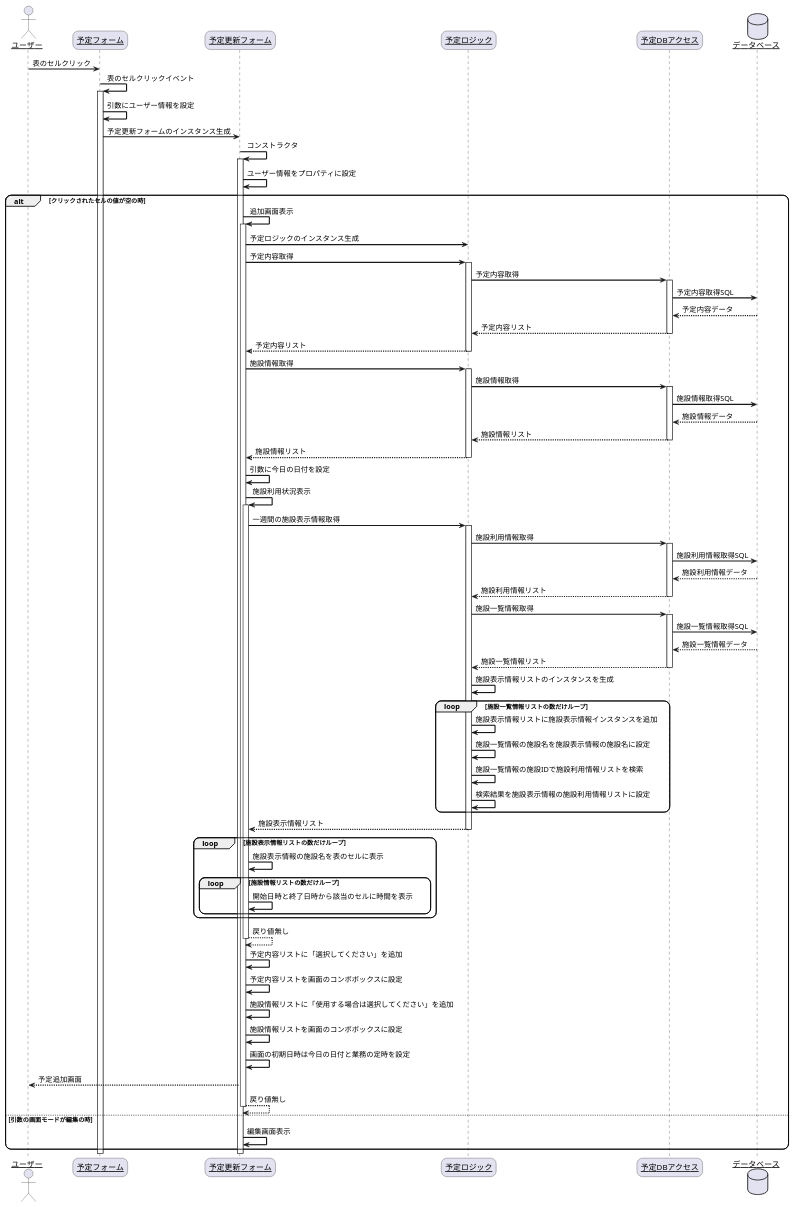
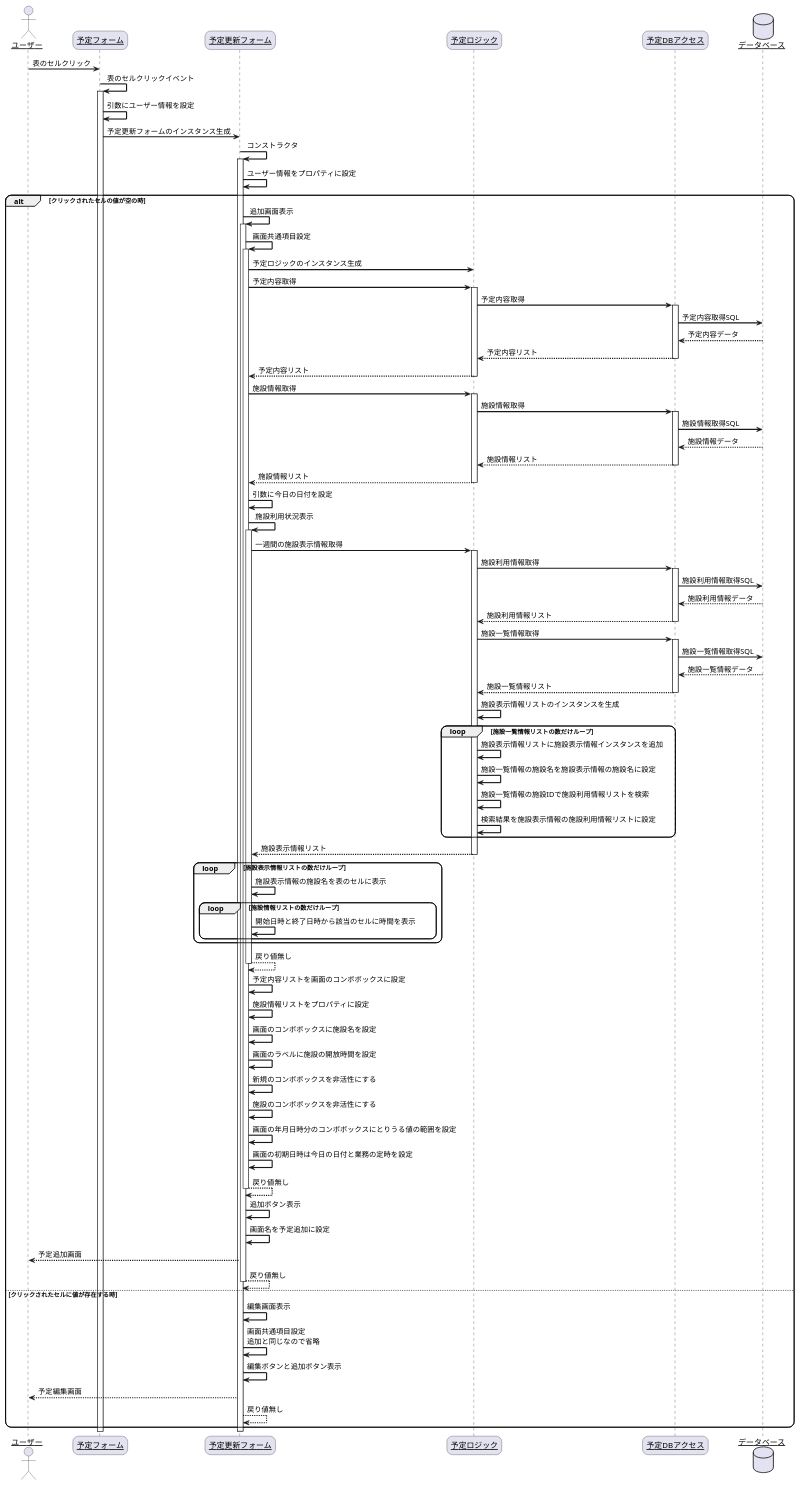
One commit to R-SAIKI/practiceUML changed the diagram in シーケンス図/予定/予定_追加編集_起動.pu. Above: the diagram before and after it, drawn with PlantUML. The commit also changed 36 other files, not shown here.

```diff
--- a/シーケンス図/予定/予定_追加編集_起動.pu
+++ b/シーケンス図/予定/予定_追加編集_起動.pu
@@ -1,93 +1,107 @@
 @startuml
 skinparam sequenceArrowThickness 2
 skinparam roundcorner 20
 skinparam maxmessagesize 60
 skinparam sequenceParticipant underline
 
 actor "ユーザー" as user
 participant "予定フォーム" as plan_form
 participant "予定更新フォーム" as plan_update_form
 participant "予定ロジック" as plan_logic
 participant "予定DBアクセス" as plan_data_acces
 database "データベース" as db
 
 user -> plan_form: 表のセルクリック
 plan_form -> plan_form: 表のセルクリックイベント
 activate plan_form
 plan_form -> plan_form: 引数にユーザー情報を設定
 plan_form -> plan_update_form: 予定更新フォームのインスタンス生成
 plan_update_form -> plan_update_form: コンストラクタ
 activate plan_update_form
 plan_update_form -> plan_update_form:ユーザー情報をプロパティに設定
 alt クリックされたセルの値が空の時
     plan_update_form -> plan_update_form: 追加画面表示
+    activate plan_update_form
+    plan_update_form -> plan_update_form: 画面共通項目設定
     activate plan_update_form
     plan_update_form -> plan_logic: 予定ロジックのインスタンス生成
     plan_update_form -> plan_logic: 予定内容取得
     activate plan_logic
     plan_logic -> plan_data_acces: 予定内容取得
     activate plan_data_acces
     plan_data_acces -> db: 予定内容取得SQL
     db --> plan_data_acces: 予定内容データ
     plan_data_acces --> plan_logic:予定内容リスト
     deactivate plan_data_acces
     plan_logic --> plan_update_form: 予定内容リスト
     deactivate plan_logic
     plan_update_form -> plan_logic: 施設情報取得
     activate plan_logic
     plan_logic -> plan_data_acces: 施設情報取得
     activate plan_data_acces
     plan_data_acces -> db: 施設情報取得SQL
     db --> plan_data_acces: 施設情報データ
     plan_data_acces --> plan_logic:施設情報リスト
     deactivate plan_data_acces
     plan_logic --> plan_update_form: 施設情報リスト
     deactivate plan_logic
     plan_update_form -> plan_update_form: 引数に今日の日付を設定
     plan_update_form -> plan_update_form: 施設利用状況表示
     activate plan_update_form
     plan_update_form -> plan_logic: 一週間の施設表示情報取得
     activate plan_logic
     plan_logic -> plan_data_acces: 施設利用情報取得
     activate plan_data_acces
     plan_data_acces -> db: 施設利用情報取得SQL
     db --> plan_data_acces: 施設利用情報データ
     plan_data_acces --> plan_logic:施設利用情報リスト
     deactivate plan_data_acces
     plan_logic -> plan_data_acces: 施設一覧情報取得
     activate plan_data_acces
     plan_data_acces -> db: 施設一覧情報取得SQL
     db --> plan_data_acces: 施設一覧情報データ
     plan_data_acces --> plan_logic:施設一覧情報リスト
     deactivate plan_data_acces
     plan_logic -> plan_logic: 施設表示情報リストのインスタンスを生成
     loop 施設一覧情報リストの数だけループ
         plan_logic -> plan_logic: 施設表示情報リストに施設表示情報インスタンスを追加
         plan_logic -> plan_logic: 施設一覧情報の施設名を施設表示情報の施設名に設定
         plan_logic -> plan_logic: 施設一覧情報の施設IDで施設利用情報リストを検索
         plan_logic -> plan_logic: 検索結果を施設表示情報の施設利用情報リストに設定
     end
     plan_logic --> plan_update_form: 施設表示情報リスト
     deactivate plan_logic
     loop 施設表示情報リストの数だけループ
         plan_update_form -> plan_update_form: 施設表示情報の施設名を表のセルに表示
         loop 施設情報リストの数だけループ
             plan_update_form -> plan_update_form: 開始日時と終了日時から該当のセルに時間を表示
         end
     end
     plan_update_form --> plan_update_form:戻り値無し
     deactivate plan_update_form
-    plan_update_form -> plan_update_form:予定内容リストに「選択してください」を追加
     plan_update_form -> plan_update_form:予定内容リストを画面のコンボボックスに設定
-    plan_update_form -> plan_update_form:施設情報リストに「使用する場合は選択してください」を追加
-    plan_update_form -> plan_update_form:施設情報リストを画面のコンボボックスに設定
+    plan_update_form -> plan_update_form:施設情報リストをプロパティに設定
+    plan_update_form -> plan_update_form:画面のコンボボックスに施設名を設定
+    plan_update_form -> plan_update_form:画面のラベルに施設の開放時間を設定
+    plan_update_form -> plan_update_form:新規のコンボボックスを非活性にする
+    plan_update_form -> plan_update_form:施設のコンボボックスを非活性にする
+    plan_update_form -> plan_update_form:画面の年月日時分のコンボボックスにとりうる値の範囲を設定
     plan_update_form -> plan_update_form:画面の初期日時は今日の日付と業務の定時を設定
+    plan_update_form --> plan_update_form: 戻り値無し
+    deactivate plan_update_form
+    plan_update_form -> plan_update_form:追加ボタン表示
+    plan_update_form -> plan_update_form:画面名を予定追加に設定
     plan_update_form --> user: 予定追加画面
     plan_update_form --> plan_update_form: 戻り値無し
     deactivate plan_update_form
-else 引数の画面モードが編集の時
+else クリックされたセルに値が存在する時
     plan_update_form -> plan_update_form:編集画面表示
+    plan_update_form -> plan_update_form: 画面共通項目設定　追加と同じなので省略
+    plan_update_form -> plan_update_form:編集ボタンと追加ボタン表示
+    plan_update_form --> user: 予定編集画面
+    plan_update_form --> plan_update_form: 戻り値無し
 end
+deactivate plan_update_form
 
 
 @enduml
```
